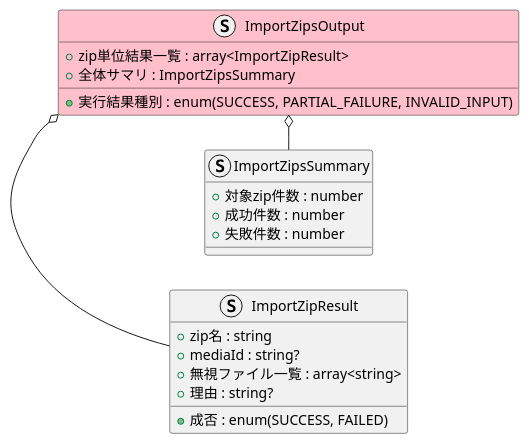
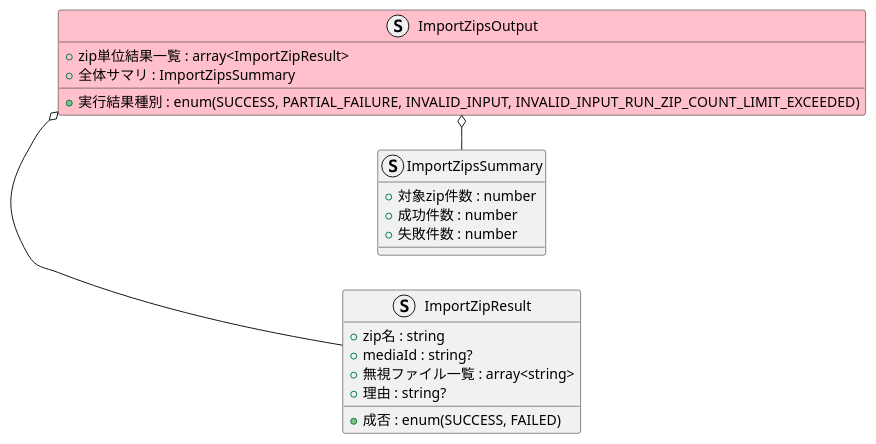
Before and after one commit to hachimitu22/MangaViewer: the second of 2 diagrams in doc/4_application/media/command/ImportZipsService/readme.md, drawn with PlantUML. The commit also changed other lines of this file and 3 other files, not shown here.

````diff
--- a/doc/4_application/media/command/ImportZipsService/readme.md
+++ b/doc/4_application/media/command/ImportZipsService/readme.md
@@ -41,26 +41,26 @@
 ```plantuml
 left to right direction
 
 struct ImportZipResult {
     + zip名 : string
     + 成否 : enum(SUCCESS, FAILED)
     + mediaId : string?
     + 無視ファイル一覧 : array<string>
     + 理由 : string?
 }
 
 struct ImportZipsSummary {
     + 対象zip件数 : number
     + 成功件数 : number
     + 失敗件数 : number
 }
 
 struct ImportZipsOutput #pink {
     + zip単位結果一覧 : array<ImportZipResult>
     + 全体サマリ : ImportZipsSummary
-    + 実行結果種別 : enum(SUCCESS, PARTIAL_FAILURE, INVALID_INPUT)
+    + 実行結果種別 : enum(SUCCESS, PARTIAL_FAILURE, INVALID_INPUT, INVALID_INPUT_RUN_ZIP_COUNT_LIMIT_EXCEEDED)
 }
 
 ImportZipsOutput o- ImportZipResult
 ImportZipsOutput o- ImportZipsSummary
 ```
````
